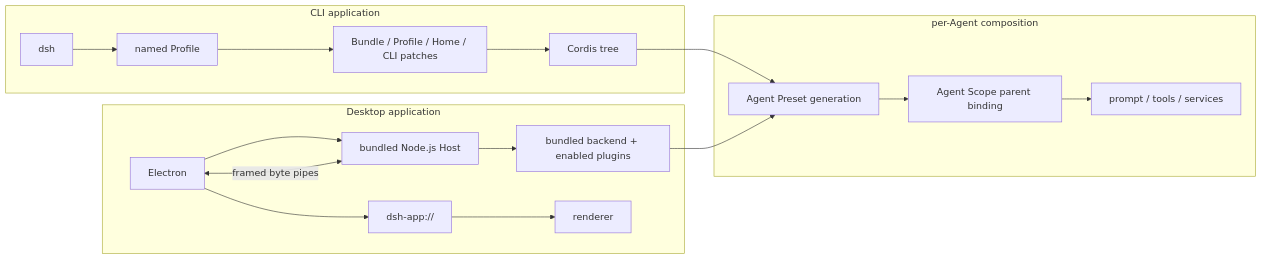
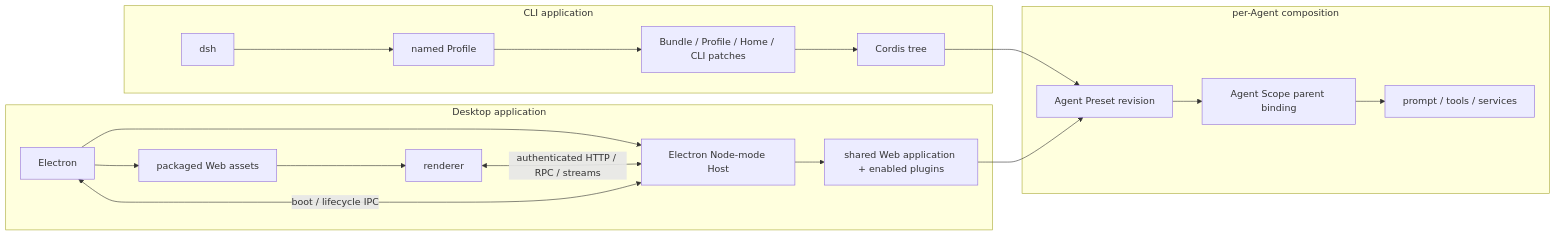
Before and after one commit to yang0228/deepseek-harness-analysis: the first of 2 diagrams in docs/02-architecture.md, drawn with Mermaid. The commit also changed other lines of this file and 42 other files, not shown here.

````diff
--- a/docs/02-architecture.md
+++ b/docs/02-architecture.md
@@ -37,16 +37,17 @@
 ```mermaid
 flowchart LR
   subgraph CLI["CLI application"]
     DSH["dsh"] --> Profile["named Profile"] --> Layers["Bundle / Profile / Home / CLI patches"] --> Tree["Cordis tree"]
   end
   subgraph Desktop["Desktop application"]
-    Electron["Electron"] --> Node["bundled Node.js Host"] --> DesktopTree["bundled backend + enabled plugins"]
-    Node <-->|"framed byte pipes"| Electron
-    Electron --> Protocol["dsh-app://"] --> Renderer["renderer"]
+    Electron["Electron"] --> Node["Electron Node-mode Host"] --> DesktopTree["shared Web application + enabled plugins"]
+    Node <-->|"boot / lifecycle IPC"| Electron
+    Electron --> Protocol["packaged Web assets"] --> Renderer["renderer"]
+    Renderer <-->|"authenticated HTTP / RPC / streams"| Node
   end
   subgraph Agent["per-Agent composition"]
-    Preset["Agent Preset generation"] --> Scope["Agent Scope parent binding"] --> Capabilities["prompt / tools / services"]
+    Preset["Agent Preset revision"] --> Scope["Agent Scope parent binding"] --> Capabilities["prompt / tools / services"]
   end
   Tree --> Preset
   DesktopTree --> Preset
 ```
````
